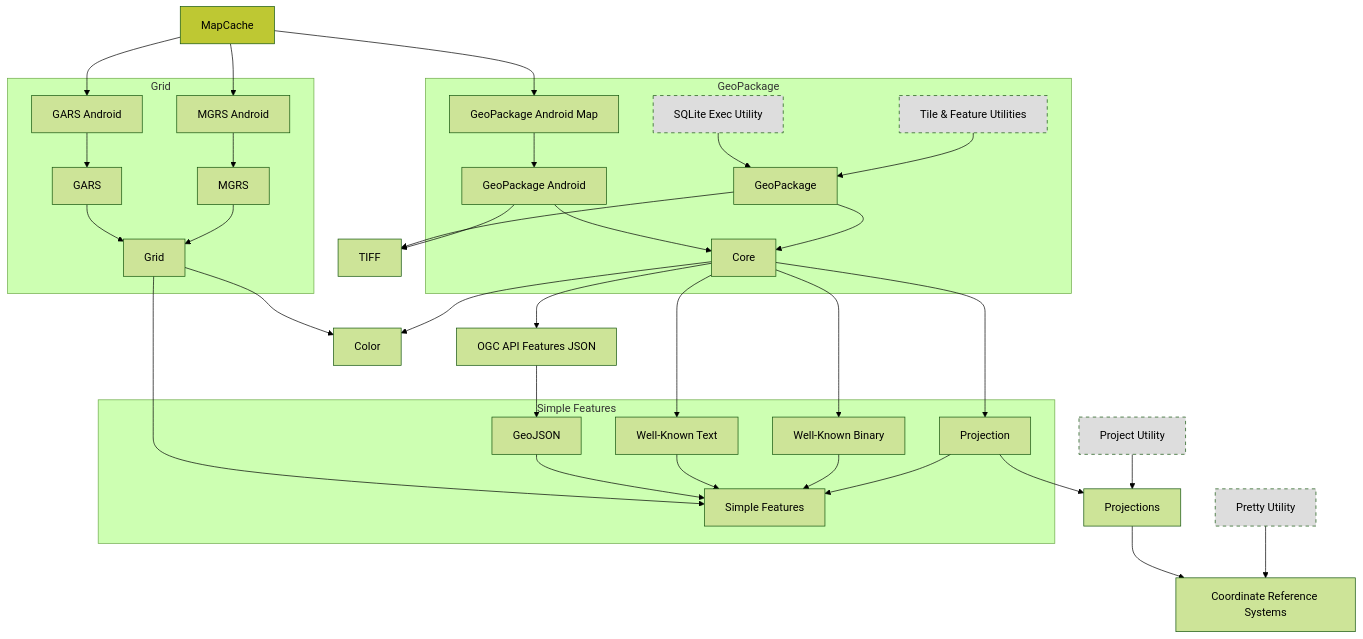
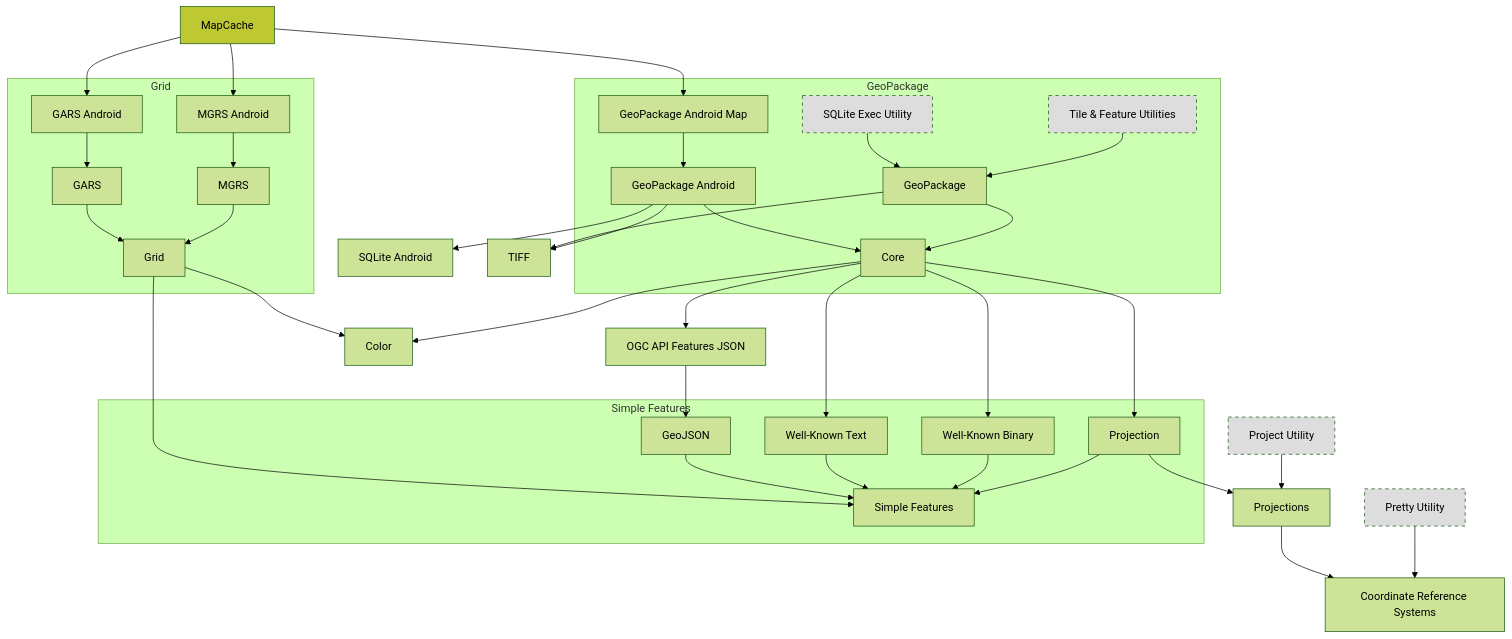
One commit to ngageoint/GeoPackage changed the diagram in DependencyJavaAndroid.md. Above: the diagram before and after it, drawn with Mermaid (forest theme).

````diff
--- a/DependencyJavaAndroid.md
+++ b/DependencyJavaAndroid.md
@@ -3,76 +3,79 @@
 ```mermaid
 graph TD;
 
     MapCache-->GP_AndroidMap
     MapCache-->GD_MGRSAndroid
     MapCache-->GD_GARSAndroid
     subgraph GeoPackage
         GP_Utilities[Tile & Feature Utilities]-->GP
         GP_SQLiteExec[SQLite Exec Utility]-->GP
         GP[GeoPackage]-->GP_Core
         GP_AndroidMap[GeoPackage Android Map]-->GP_Android
         GP_Android[GeoPackage Android]-->GP_Core
         GP_Core[Core]
     end
+    GP_Android-->SQLite_Android
+    SQLite_Android[SQLite Android]
     GP_Android-->TIFF
     GP-->TIFF
     GP_Core-->SF_WKB
     GP_Core-->SF_WKT
     GP_Core-->SF_Projection
     GP_Core-->OGCAPIFeatures
     GP_Core-->Color
     OGCAPIFeatures[OGC API Features JSON]-->SF_GeoJSON
     subgraph Simple Features
         SF_Projection[Projection]-->SF
         SF_WKB[Well-Known Binary]-->SF
         SF_WKT[Well-Known Text]-->SF
         SF_GeoJSON[GeoJSON]-->SF
         SF[Simple Features]
     end
     SF_Projection-->Projections
     ProjectUtility[Project Utility]-->Projections
     PrettyUtility[Pretty Utility]-->CRS
     Projections-->CRS
     CRS[Coordinate Reference Systems]
     subgraph Grid
         GD_MGRSAndroid[MGRS Android]-->GD_MGRS
         GD_GARSAndroid[GARS Android]-->GD_GARS
         GD_MGRS[MGRS]-->GD
         GD_GARS[GARS]-->GD
         GD[Grid]
     end
     GD-->Color
     GD-->SF
     
     click MapCache "https://github.com/ngageoint/geopackage-mapcache-android" "MapCache Android" _blank
     click GP_AndroidMap "https://github.com/ngageoint/geopackage-android-map" "GeoPackage Android Map" _blank
     click GP_Android "https://github.com/ngageoint/geopackage-android" "GeoPackage Android" _blank
     click GP_SQLiteExec "https://github.com/ngageoint/geopackage-java/tree/master/script/sqlite-exec" "SQLite Exec" _blank
     click GP_Utilities "https://github.com/ngageoint/geopackage-java#standalone-utilities" "Standalone Utilities" _blank
     click GP "https://github.com/ngageoint/geopackage-java" "GeoPackage Java" _blank
     click GP_Core "https://github.com/ngageoint/geopackage-core-java" "GeoPackage Core Java" _blank
+    click SQLite_Android "https://github.com/ngageoint/geopackage-android/tree/master/third-party/sqlite-android" "SQLite Android" _blank
     click TIFF "https://github.com/ngageoint/tiff-java" "TIFF Java" _blank
     click GD_GARSAndroid "https://github.com/ngageoint/gars-android" "GARS Android" _blank
     click GD_MGRSAndroid "https://github.com/ngageoint/mgrs-android" "MGRS Android" _blank
     click GD_GARS "https://github.com/ngageoint/gars-java" "GARS Java" _blank
     click GD_MGRS "https://github.com/ngageoint/mgrs-java" "MGRS Java" _blank
     click GD "https://github.com/ngageoint/grid-java" "Grid Java" _blank
     click Color "https://github.com/ngageoint/color-java" "Color Java" _blank
     click OGCAPIFeatures "https://github.com/ngageoint/ogc-api-features-json-java" "OGC API Features JSON Java" _blank
     click SF_Projection "https://github.com/ngageoint/simple-features-proj-java" "Simple Features Projection Java" _blank
     click SF_WKB "https://github.com/ngageoint/simple-features-wkb-java" "Simple Features WKB Java" _blank
     click SF_WKT "https://github.com/ngageoint/simple-features-wkt-java" "Simple Features WKT Java" _blank
     click SF_GeoJSON "https://github.com/ngageoint/simple-features-geojson-java" "Simple Features GeoJSON Java" _blank
     click SF "https://github.com/ngageoint/simple-features-java" "Simple Features Java" _blank
     click ProjectUtility "https://github.com/ngageoint/projections-java/tree/master/script/project" "Project" _blank
     click Projections "https://github.com/ngageoint/projections-java" "Projections Java" _blank
     click PrettyUtility "https://github.com/ngageoint/coordinate-reference-systems-java/tree/master/script/pretty" "Pretty" _blank
     click CRS "https://github.com/ngageoint/coordinate-reference-systems-java" "Coordinate Reference Systems Java" _blank
     
     style MapCache fill:#bec833
     style GP_Utilities fill:#ddd,stroke-dasharray: 5 5
     style GP_SQLiteExec fill:#ddd,stroke-dasharray: 5 5
     style ProjectUtility fill:#ddd,stroke-dasharray: 5 5
     style PrettyUtility fill:#ddd,stroke-dasharray: 5 5
     
 ```
````
